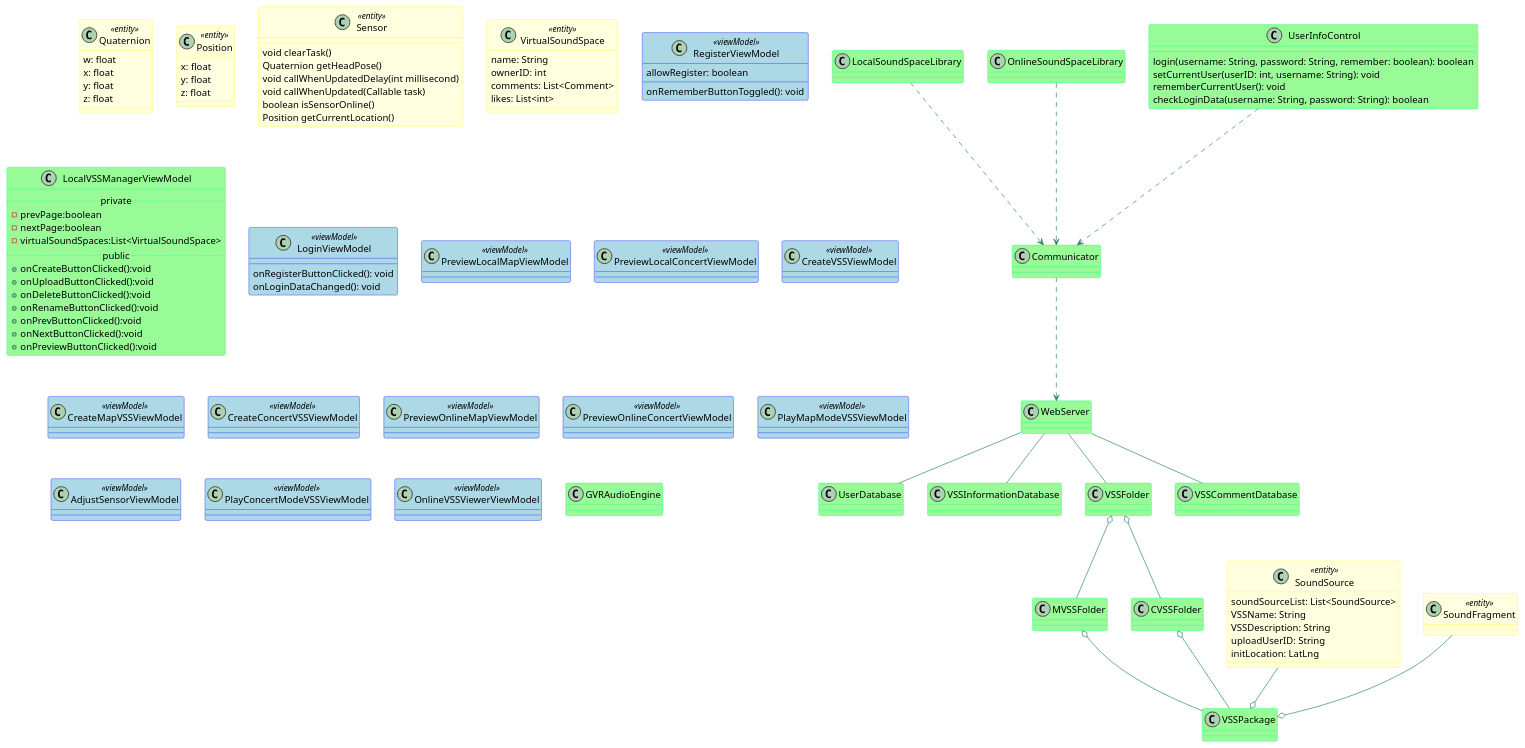
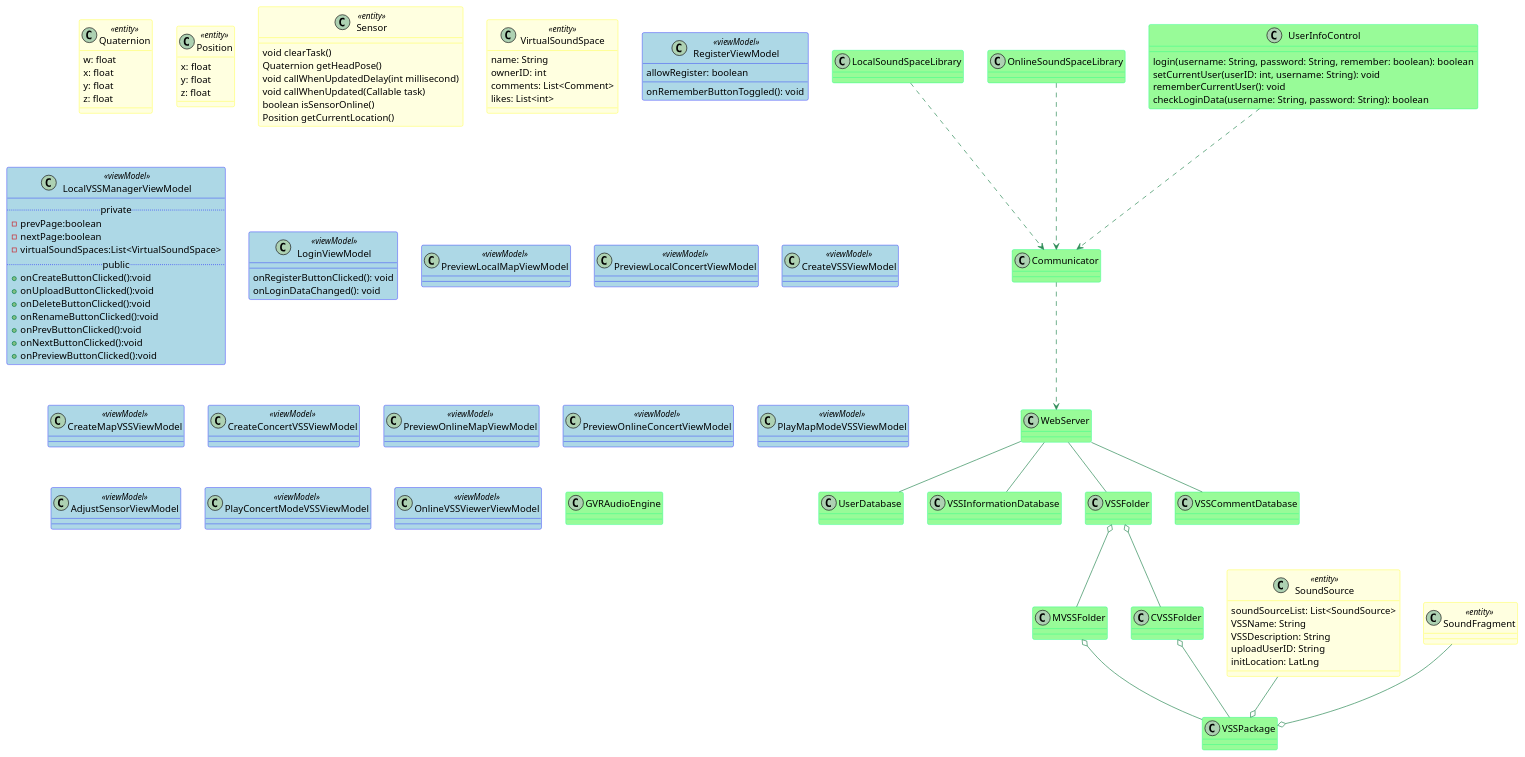
Before and after one commit to kpp19920121/doc: the diagram in 设计/对象模型.md, drawn with PlantUML.

Commit message:
一点小错误

```diff
--- a/设计/对象模型.md
+++ b/设计/对象模型.md
@@ -113,7 +113,7 @@
 	onRememberButtonToggled(): void
 
 }
-class LocalVSSManagerViewModel {
+class LocalVSSManagerViewModel <<viewModel>> {
   ..private..
   -prevPage:boolean
   -nextPage:boolean
```
